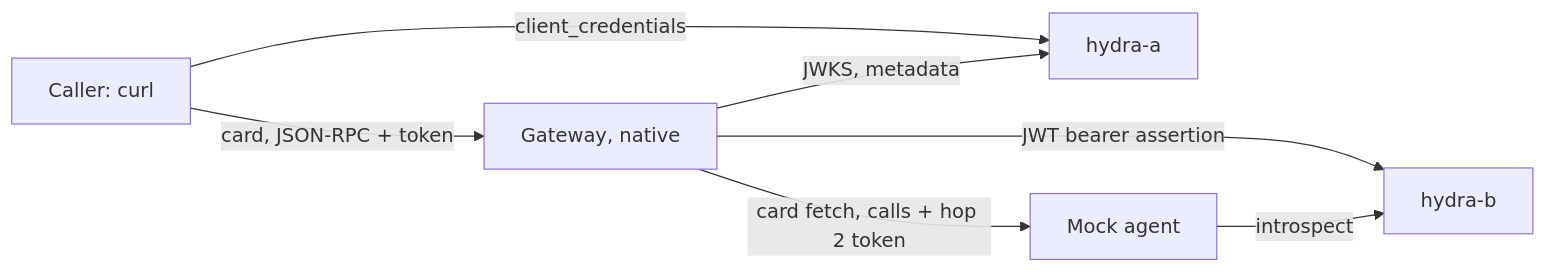
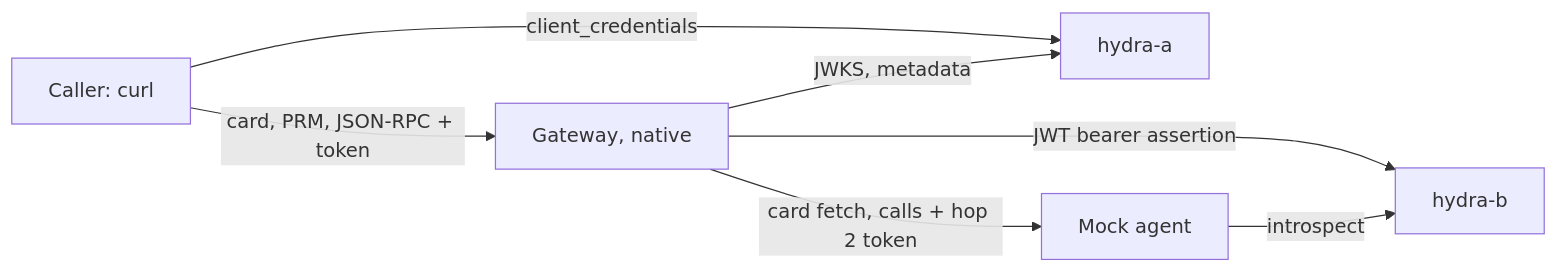
The diagram in docs/development/OIDC_DEMO.md (affinidi-ai/agent-gateway), drawn with Mermaid before and after one commit. The commit also changed other lines of this file and 50 other files, not shown here.

````diff
--- a/docs/development/OIDC_DEMO.md
+++ b/docs/development/OIDC_DEMO.md
@@ -26,9 +29,9 @@
 ```mermaid
 flowchart LR
     C[Caller: curl] -- client_credentials --> HA[hydra-a]
-    C -- card, JSON-RPC + token --> G[Gateway, native]
+    C -- card, PRM, JSON-RPC + token --> G[Gateway, native]
     G -- JWKS, metadata --> HA
     G -- JWT bearer assertion --> HB[hydra-b]
     G -- card fetch, calls + hop 2 token --> A[Mock agent]
     A -- introspect --> HB
 ```
````
